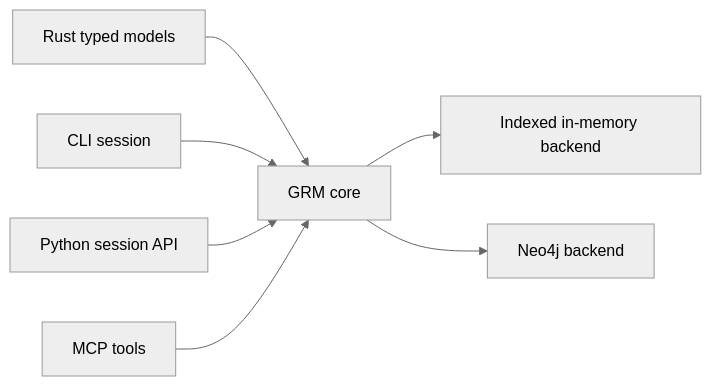
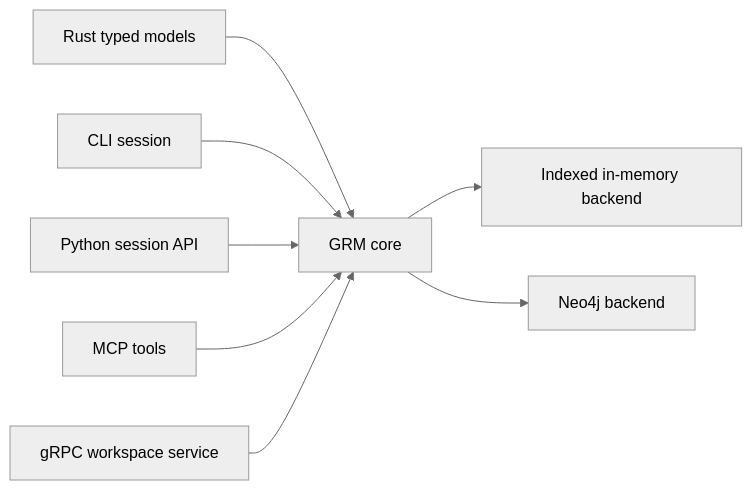
Before and after one commit to poppaLol/grm-rs: the first of 2 diagrams in README.md, drawn with Mermaid (neutral theme). The commit also changed other lines of this file and 7 other files, not shown here.

````diff
--- a/README.md
+++ b/README.md
@@ -16,9 +16,10 @@
 ```mermaid
 flowchart LR
     Rust[Rust typed models] --> Core[GRM core]
     CLI[CLI session] --> Core
     Python[Python session API] --> Core
     MCP[MCP tools] --> Core
+    gRPC[gRPC workspace service] --> Core
     Core --> Memory[Indexed in-memory backend]
     Core --> Neo4j[Neo4j backend]
 ```
````
